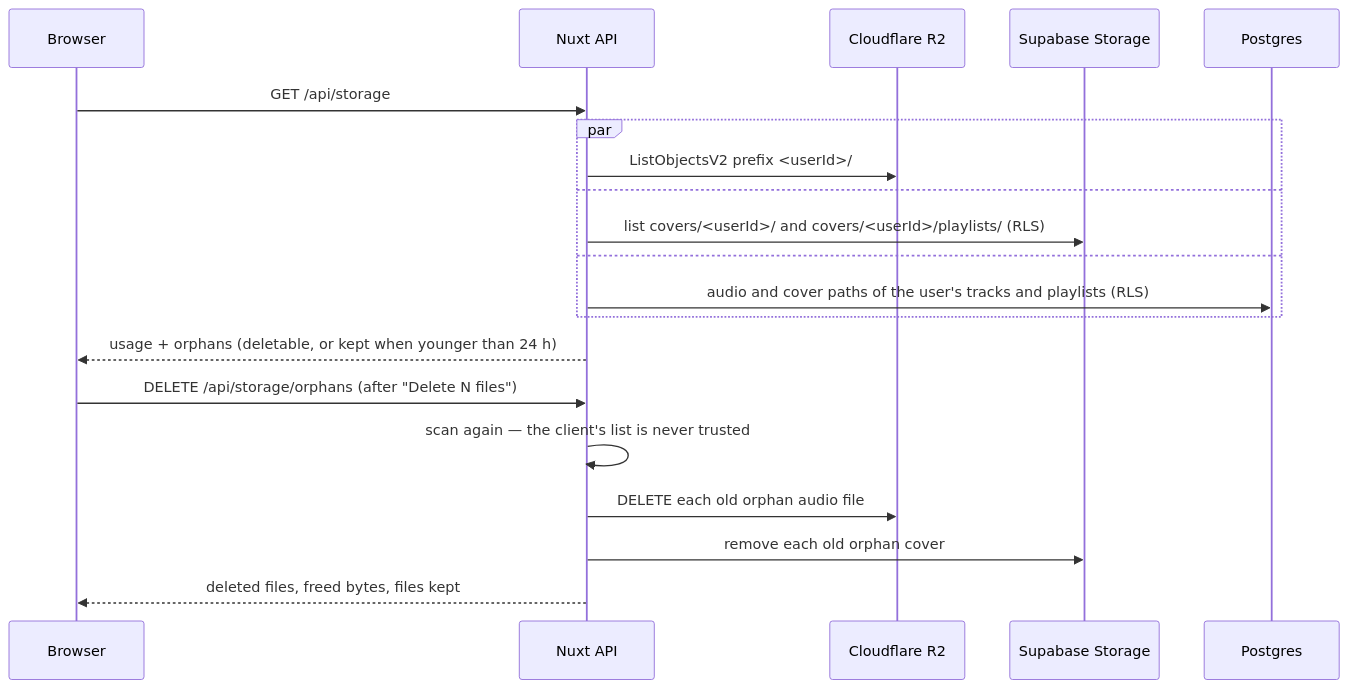
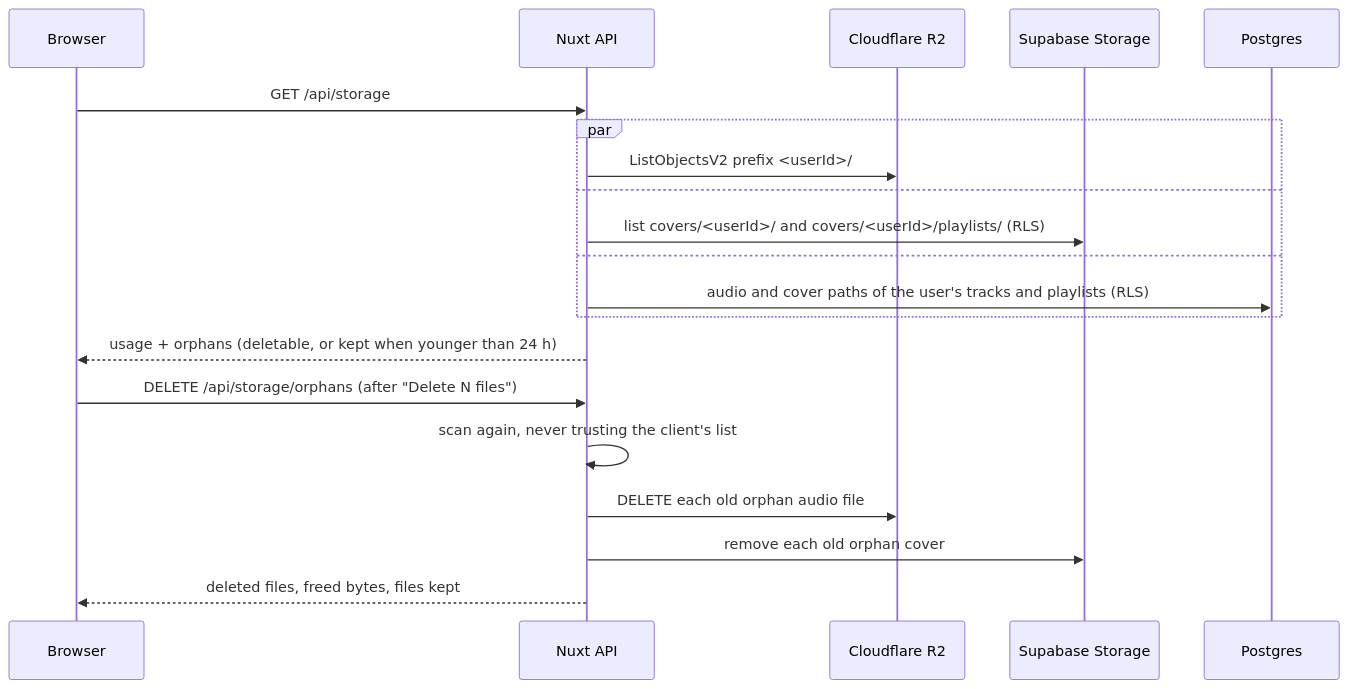
One commit to alesssz/Chronovault changed the seventh of 12 diagrams in docs/07-data-flows.md. Above: the diagram before and after it, drawn with Mermaid. The commit also changed other lines of this file and 6 other files, not shown here.

````diff
--- a/docs/07-data-flows.md
+++ b/docs/07-data-flows.md
@@ -370,22 +370,22 @@
 ```mermaid
 sequenceDiagram
   participant B as Browser
   participant N as Nuxt API
   participant R as Cloudflare R2
   participant S as Supabase Storage
   participant D as Postgres
   B->>N: GET /api/storage
   par
     N->>R: ListObjectsV2 prefix <userId>/
   and
     N->>S: list covers/<userId>/ and covers/<userId>/playlists/ (RLS)
   and
     N->>D: audio and cover paths of the user's tracks and playlists (RLS)
   end
   N-->>B: usage + orphans (deletable, or kept when younger than 24 h)
   B->>N: DELETE /api/storage/orphans (after "Delete N files")
-  N->>N: scan again — the client's list is never trusted
+  N->>N: scan again, never trusting the client's list
   N->>R: DELETE each old orphan audio file
   N->>S: remove each old orphan cover
   N-->>B: deleted files, freed bytes, files kept
 ```
````
